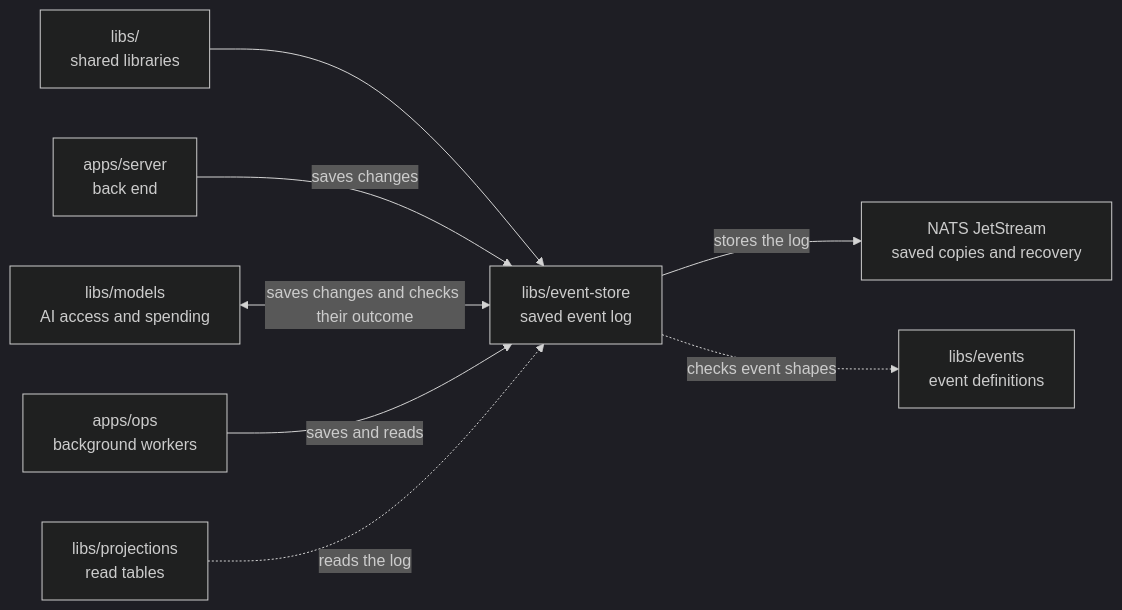
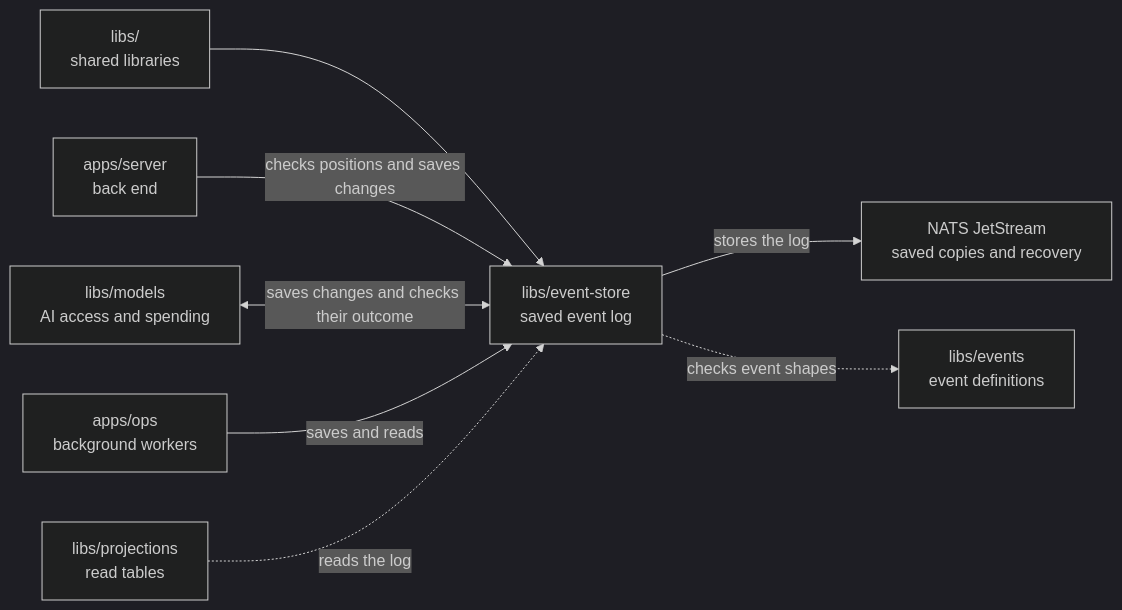
The diagram in libs/event-store/README.md (elewa-git/opencrane-new), drawn with Mermaid (dark theme) before and after one commit. The commit also changed other lines of this file and 8 other files, not shown here.

````diff
--- a/libs/event-store/README.md
+++ b/libs/event-store/README.md
@@ -23,10 +23,10 @@
 ```mermaid
 flowchart LR
   parent["libs/<br/>shared libraries"] --> store["libs/event-store<br/>saved event log"]
-  server["apps/server<br/>back end"] -->|saves changes| store
+  server["apps/server<br/>back end"] -->|checks positions and saves changes| store
   models["libs/models<br/>AI access and spending"] <-->|saves changes and checks their outcome| store
   ops["apps/ops<br/>background workers"] -->|saves and reads| store
   projections["libs/projections<br/>read tables"] -.->|reads the log| store
   store -->|stores the log| nats["NATS JetStream<br/>saved copies and recovery"]
   store -.->|checks event shapes| events["libs/events<br/>event definitions"]
 ```
````
